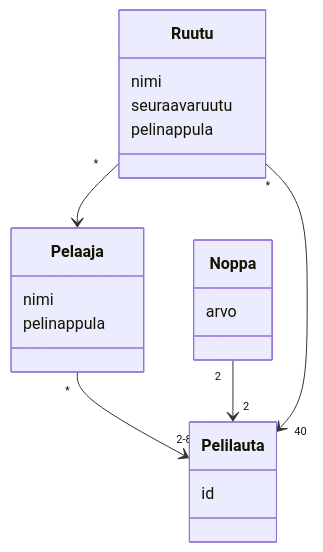
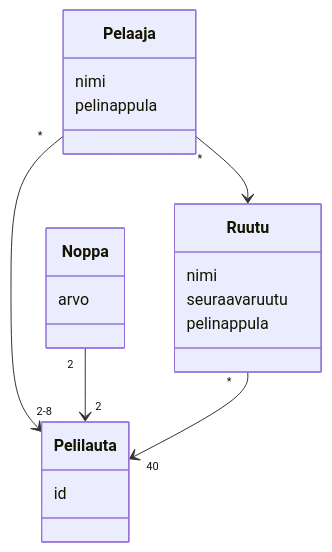
Before and after one commit to justusmarttila/ot-harjoitustyo: the diagram in laskarit/viikko3/luokkakaavio.md, drawn with Mermaid.

````diff
--- a/laskarit/viikko3/luokkakaavio.md
+++ b/laskarit/viikko3/luokkakaavio.md
@@ -1,22 +1,22 @@
 ```mermaid 
 classDiagram
     Pelaaja "*" --> "2-8" Pelilauta
     Noppa "2" --> "2" Pelilauta
     Ruutu "*" --> "40" Pelilauta
-    Ruutu "*" --> Pelaaja
+    Pelaaja "*" --> Ruutu
     class Pelaaja{
         nimi
         pelinappula
     }
     class Noppa{
         arvo
     }
     class Ruutu{
         nimi
         seuraavaruutu
         pelinappula
     }
     class Pelilauta{
         id
     }
 ```
````
